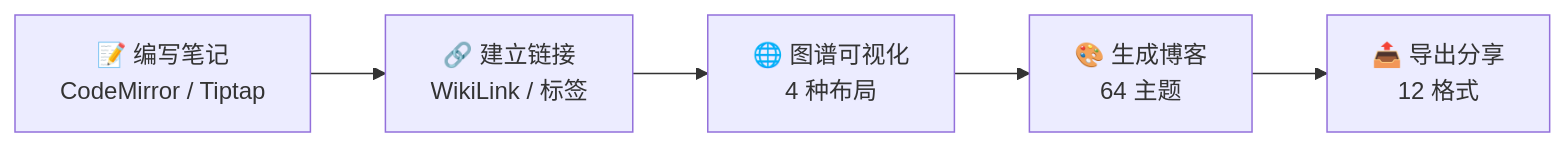
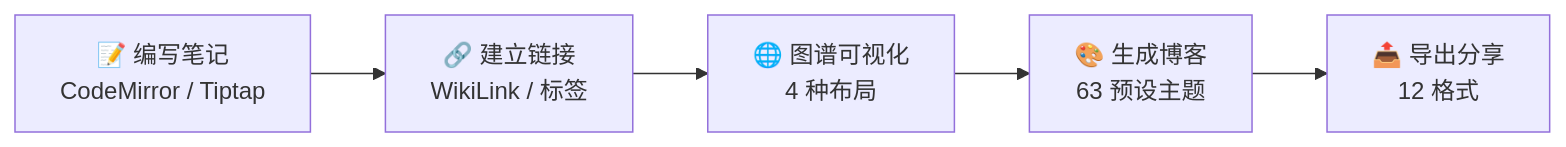
The diagram in README.md (James-fake/MarkCraft), drawn with Mermaid before and after one commit. The commit also changed other lines of this file and 8 other files, not shown here.

````diff
--- a/README.md
+++ b/README.md
@@ -143,7 +144,7 @@
 ```mermaid
 flowchart LR
     A[📝 编写笔记<br/>CodeMirror / Tiptap] --> B[🔗 建立链接<br/>WikiLink / 标签]
     B --> C[🌐 图谱可视化<br/>4 种布局]
-    C --> D[🎨 生成博客<br/>64 主题]
+    C --> D[🎨 生成博客<br/>63 预设主题]
     D --> E[📤 导出分享<br/>12 格式]
 ```
````
